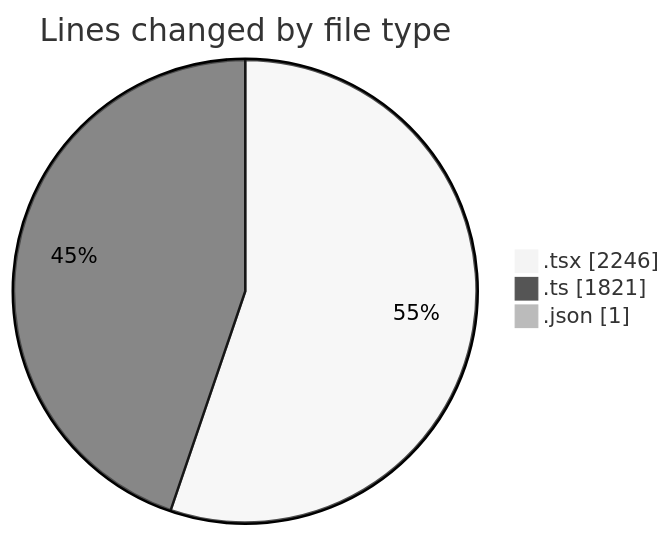
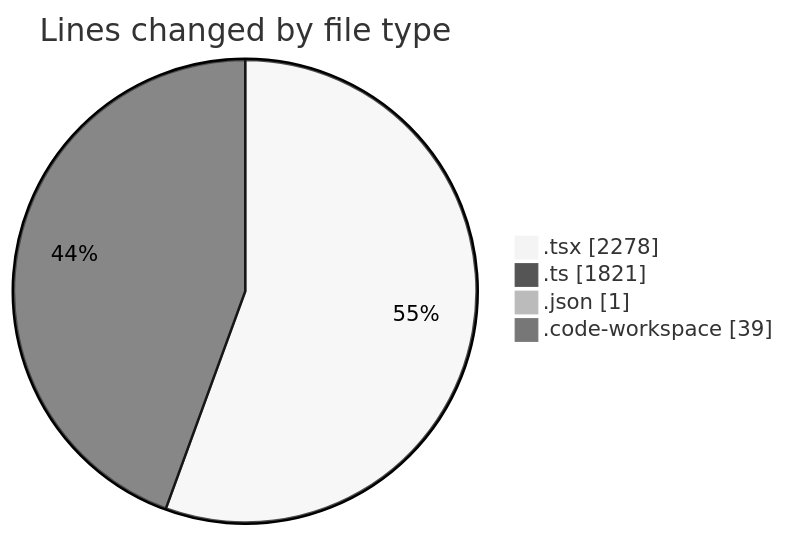
One commit to julien-gomy/code-tracking changed the first of 2 diagrams in 2025-10-08/eventscop-frontend-guide__workspace_/README.md. Above: the diagram before and after it, drawn with Mermaid (neutral theme). The commit also changed other lines of this file and 1 other file, not shown here.

````diff
--- a/2025-10-08/eventscop-frontend-guide__workspace_/README.md
+++ b/2025-10-08/eventscop-frontend-guide__workspace_/README.md
@@ -35,7 +36,8 @@
 ```mermaid
 pie showData
 title Lines changed by file type
-".tsx" : 2246
+".tsx" : 2278
 ".ts" : 1821
 ".json" : 1
+".code-workspace" : 39
 ```
````
